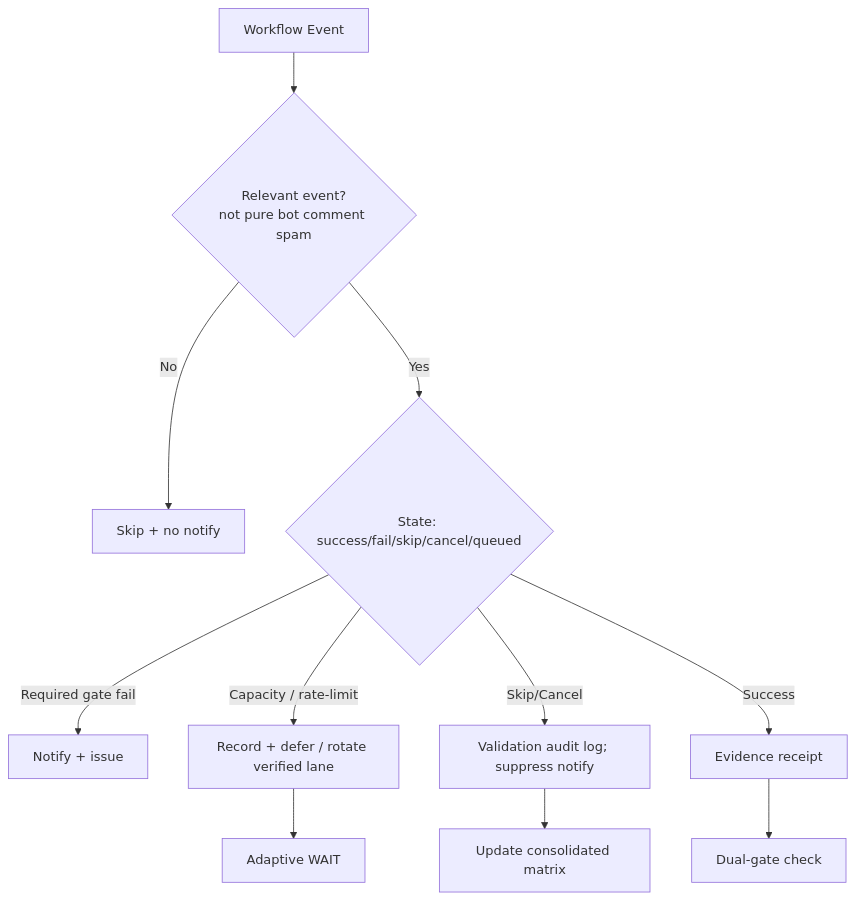
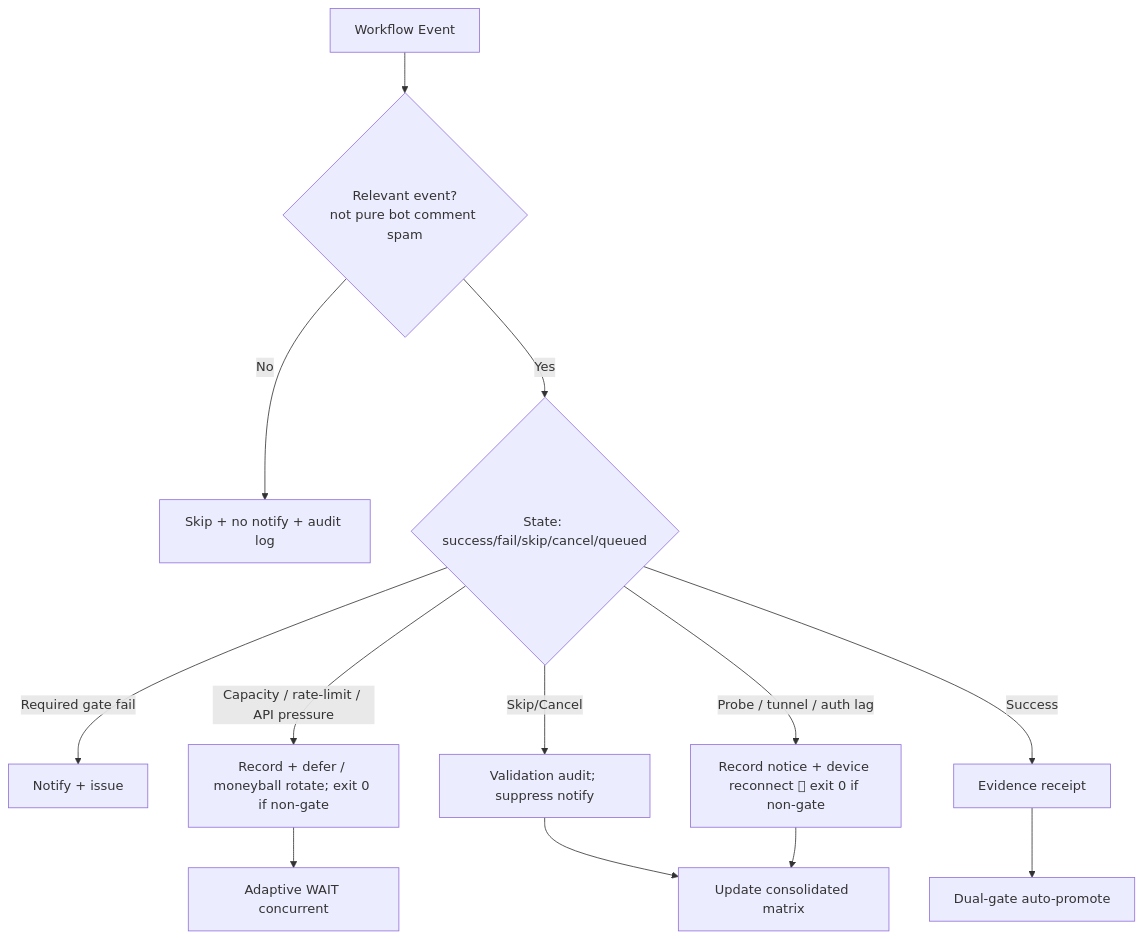
Before and after one commit to timerloggedout-spec/termux-monorepo: the diagram in docs/ops/ACTIONS-CONSOLIDATED-MATRIX-2026-10-21.md, drawn with Mermaid. The commit also changed other lines of this file and 4 other files, not shown here.

First line of the commit message:
ops(actions): consolidated matrix upgrade + modular issue-comment router + cascade filters for spam/quota reduction

````diff
--- a/docs/ops/ACTIONS-CONSOLIDATED-MATRIX-2026-10-21.md
+++ b/docs/ops/ACTIONS-CONSOLIDATED-MATRIX-2026-10-21.md
@@ -37,13 +39,15 @@
 ```mermaid
 flowchart TD
   Event[Workflow Event] --> Filter{Relevant event?<br/>not pure bot comment spam}
-  Filter -->|No| Skip[Skip + no notify]
+  Filter -->|No| Skip[Skip + no notify + audit log]
   Filter -->|Yes| Classify{State: success/fail/skip/cancel/queued}
   Classify -->|Required gate fail| Alert[Notify + issue]
-  Classify -->|Capacity / rate-limit| Quota[Record + defer / rotate verified lane]
-  Classify -->|Skip/Cancel| Audit[Validation audit log; suppress notify]
+  Classify -->|Capacity / rate-limit / API pressure| Quota[Record + defer / moneyball rotate; exit 0 if non-gate]
+  Classify -->|Skip/Cancel| Audit[Validation audit; suppress notify]
   Classify -->|Success| Record[Evidence receipt]
-  Quota --> Wait[Adaptive WAIT]
+  Classify -->|Probe / tunnel / auth lag| Device[Record notice + device reconnect #1; exit 0 if non-gate]
+  Quota --> Wait[Adaptive WAIT concurrent]
   Audit --> Matrix[Update consolidated matrix]
-  Record --> Promote[Dual-gate check]
+  Record --> Promote[Dual-gate auto-promote]
+  Device --> Matrix
 ```
````
